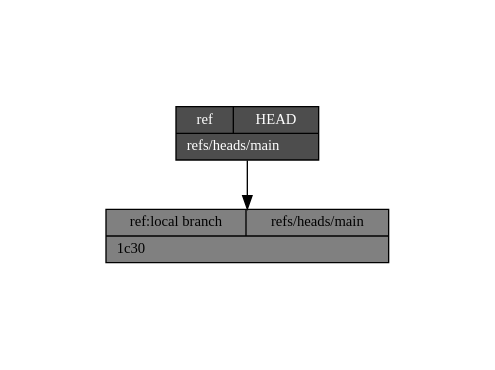
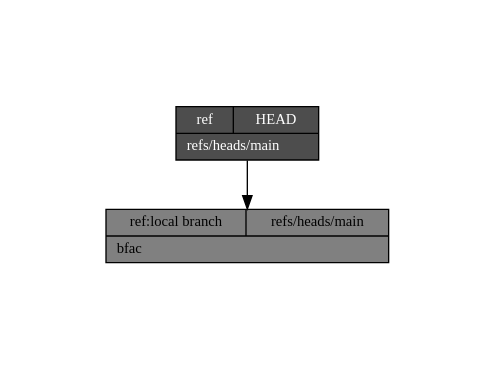
Before and after one commit to zigarn/git-internals: the diagram in ref.dot, drawn with Graphviz. The commit also changed 9 other files, not shown here.

```diff
--- a/ref.dot
+++ b/ref.dot
@@ -1,8 +1,8 @@
 digraph structs {
   pad="1,1";
   node [shape=record,fontsize=11];
   rankdir="TB";
-  _refs___heads___main [style=filled, fillcolor=gray,  label="{{ref:local branch|refs\/heads\/main}|1c30\l}"]
+  _refs___heads___main [style=filled, fillcolor=gray,  label="{{ref:local branch|refs\/heads\/main}|bfac\l}"]
   _HEAD [style=filled, fillcolor=gray30, fontcolor=white,  label="{{ref|HEAD}|refs\/heads\/main\l}"]
   _HEAD -> _refs___heads___main
 }
```
